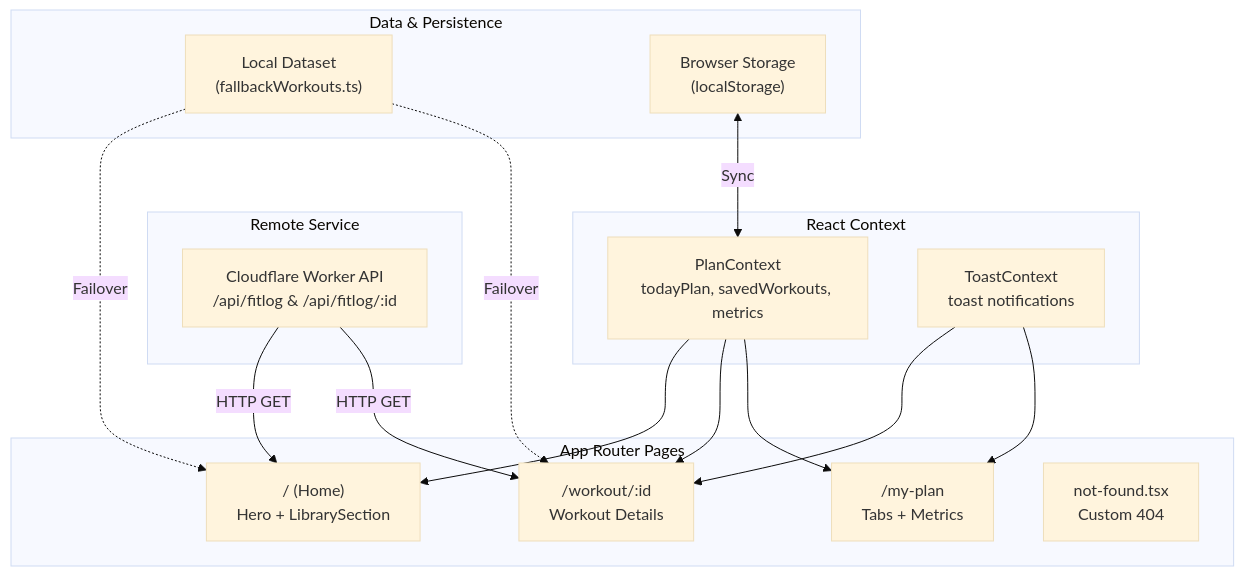
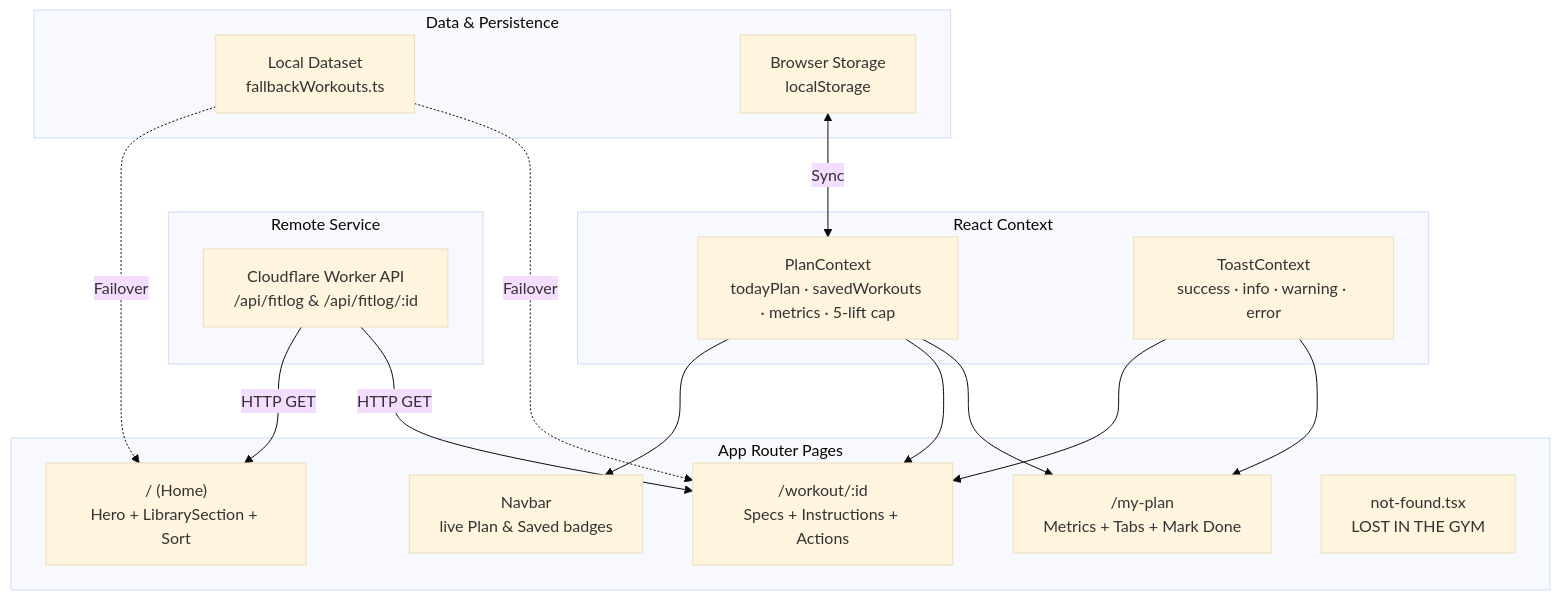
Before and after one commit to mahfuzhasan2700/Assignment-6: the diagram in README.md, drawn with Mermaid (base theme). The commit also changed other lines of this file and 13 other files, not shown here.

````diff
--- a/README.md
+++ b/README.md
@@ -104,34 +232,35 @@
 ```mermaid
 flowchart TD
     subgraph Remote["Remote Service"]
-        API["Cloudflare Worker API<br/>/api/fitlog & /api/fitlog/:id"]
+        API["Cloudflare Worker API<br/>/api/fitlog &amp; /api/fitlog/:id"]
     end
 
-    subgraph Data["Data & Persistence"]
-        Fallback["Local Dataset<br/>(fallbackWorkouts.ts)"]
-        Storage["Browser Storage<br/>(localStorage)"]
+    subgraph Data["Data &amp; Persistence"]
+        Fallback["Local Dataset<br/>fallbackWorkouts.ts"]
+        Storage["Browser Storage<br/>localStorage"]
     end
 
     subgraph State["React Context"]
-        PlanCtx["PlanContext<br/>todayPlan, savedWorkouts, metrics"]
-        ToastCtx["ToastContext<br/>toast notifications"]
+        PlanCtx["PlanContext<br/>todayPlan · savedWorkouts · metrics · 5-lift cap"]
+        ToastCtx["ToastContext<br/>success · info · warning · error"]
     end
 
     subgraph Pages["App Router Pages"]
-        Home["/ (Home)<br/>Hero + LibrarySection"]
-        Detail["/workout/:id<br/>Workout Details"]
-        PlanPage["/my-plan<br/>Tabs + Metrics"]
-        NotFound["not-found.tsx<br/>Custom 404"]
+        Nav["Navbar<br/>live Plan &amp; Saved badges"]
+        Home["/ (Home)<br/>Hero + LibrarySection + Sort"]
+        Detail["/workout/:id<br/>Specs + Instructions + Actions"]
+        PlanPage["/my-plan<br/>Metrics + Tabs + Mark Done"]
+        NotFound["not-found.tsx<br/>LOST IN THE GYM"]
     end
 
     API -->|HTTP GET| Home
     API -->|HTTP GET| Detail
     Fallback -.->|Failover| Home
     Fallback -.->|Failover| Detail
     Storage <-->|Sync| PlanCtx
-    PlanCtx --> Home
+    PlanCtx --> Nav
     PlanCtx --> Detail
     PlanCtx --> PlanPage
     ToastCtx --> Detail
     ToastCtx --> PlanPage
 ```
````
